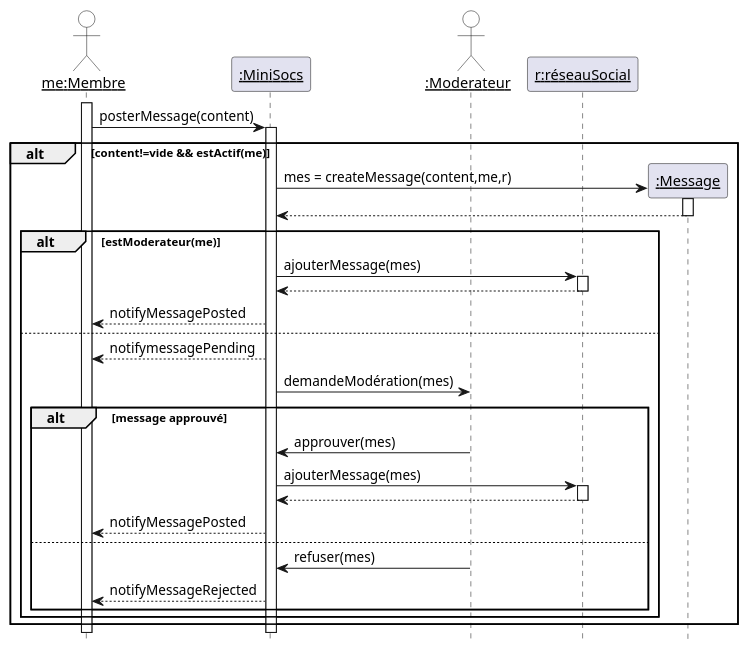
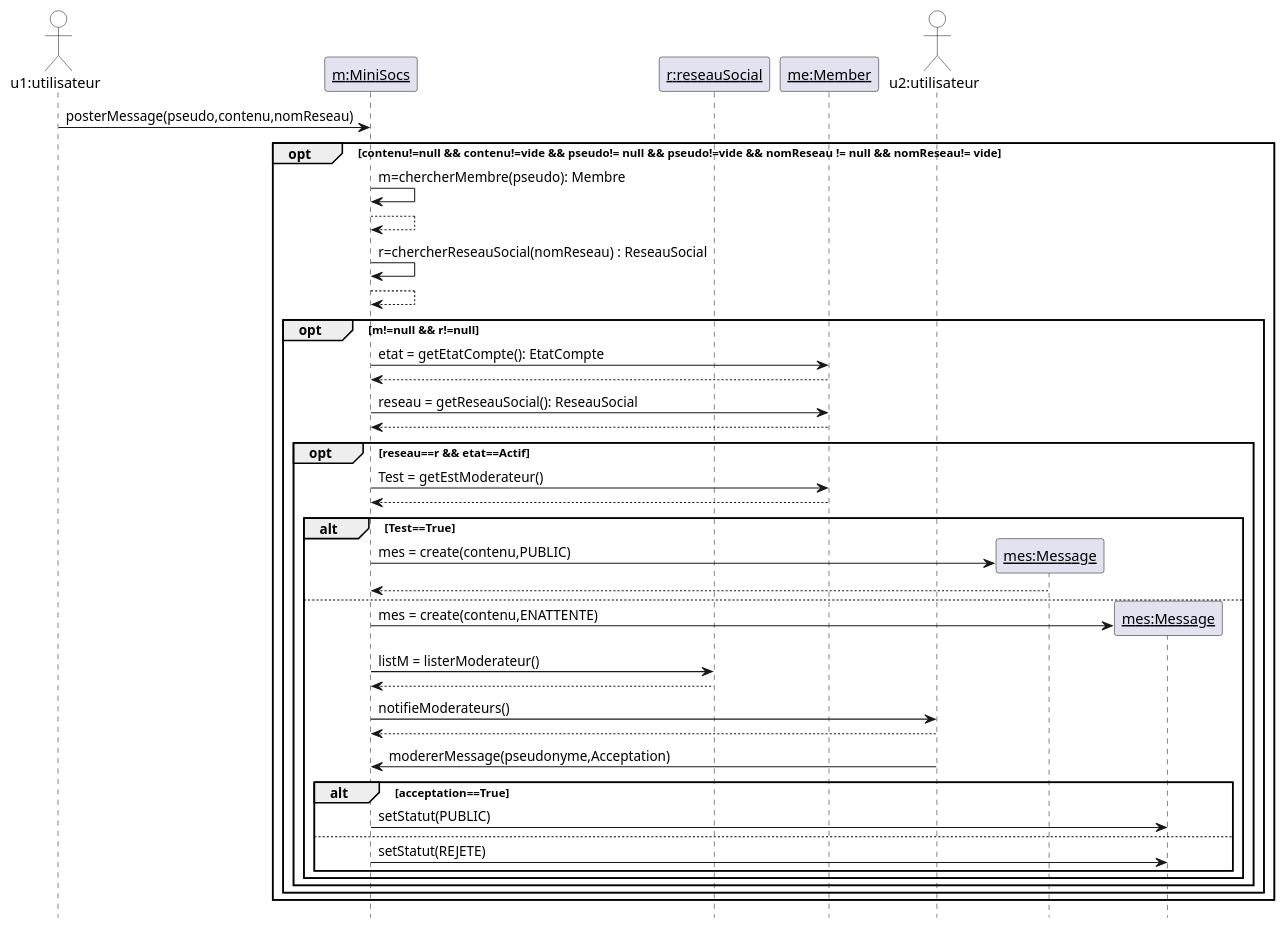
Before and after one commit to yesminete/MiniSocs: the diagram in Diagrammes/minisocs_uml_diag_seq_poster_message.pu, drawn with PlantUML. The commit also changed 10 other files, not shown here.

Commit message:
correction diagramme de classe / diagramme de seq

```diff
--- a/Diagrammes/minisocs_uml_diag_seq_poster_message.pu
+++ b/Diagrammes/minisocs_uml_diag_seq_poster_message.pu
@@ -1,42 +1,53 @@
 @startuml
 
 'Diagramme de séquence (PlantUML)'
 
 'Configuration charte graphique'
 hide footbox
 skinparam sequenceParticiantBackgroundColor White
 skinparam sequenceActorBackgroundColor White
 
 'Déclaration des acteurs et des participants'
-actor "__me:Membre__" as me
-participant "__:MiniSocs__" as sys
-actor "__:Moderateur__" as mo
-participant "__r:réseauSocial__" as r
+actor "u1:utilisateur" as u1
+participant "__m:MiniSocs__" as sys
+participant "__r:reseauSocial__" as r
+participant "__me:Member__" as m
+actor "u2:utilisateur" as u2
 'Interaction principale'
-activate me
-me -> sys: posterMessage(content)
-activate sys
 
-alt content!=vide && estActif(me)
-    create "__:Message__" as mes
-    sys -> mes++: mes = createMessage(content,me,r)
-    return
-alt estModerateur(me)
-    sys -> r ++: ajouterMessage(mes)
-    return
-    sys --> me: notifyMessagePosted
-else 
-    sys --> me: notifymessagePending
-    sys -> mo : demandeModération(mes)
-    alt message approuvé
-    mo -> sys: approuver(mes)
-    sys -> r ++: ajouterMessage(mes)
-    return
-    sys --> me: notifyMessagePosted
-    else 
-    mo -> sys: refuser(mes)
-    sys-->me : notifyMessageRejected
-    end
-    end
-    end
+u1 -> sys: posterMessage(pseudo,contenu,nomReseau)
+opt contenu!=null && contenu!=vide && pseudo!= null && pseudo!=vide && nomReseau != null && nomReseau!= vide
+sys-> sys: m=chercherMembre(pseudo): Membre
+return
+sys-> sys: r=chercherReseauSocial(nomReseau) : ReseauSocial
+return
+opt m!=null && r!=null
+sys-> m : etat = getEtatCompte(): EtatCompte
+return
+sys-> m : reseau = getReseauSocial(): ReseauSocial
+return
+opt reseau==r && etat==Actif
+sys->m : Test = getEstModerateur()
+return
+alt Test==True
+create "__mes:Message__" as mes
+sys-> mes : mes = create(contenu,PUBLIC)
+return
+else
+create "__mes:Message__" as mes2
+sys->mes2 : mes = create(contenu,ENATTENTE)
+sys->r : listM = listerModerateur()
+return
+sys->u2 : notifieModerateurs()
+return
+u2->sys : modererMessage(pseudonyme,Acceptation)
+alt acceptation==True
+sys->mes2 : setStatut(PUBLIC)
+else
+sys->mes2 : setStatut(REJETE)
+end
+end
+end
+end
+end
 @enduml
```
